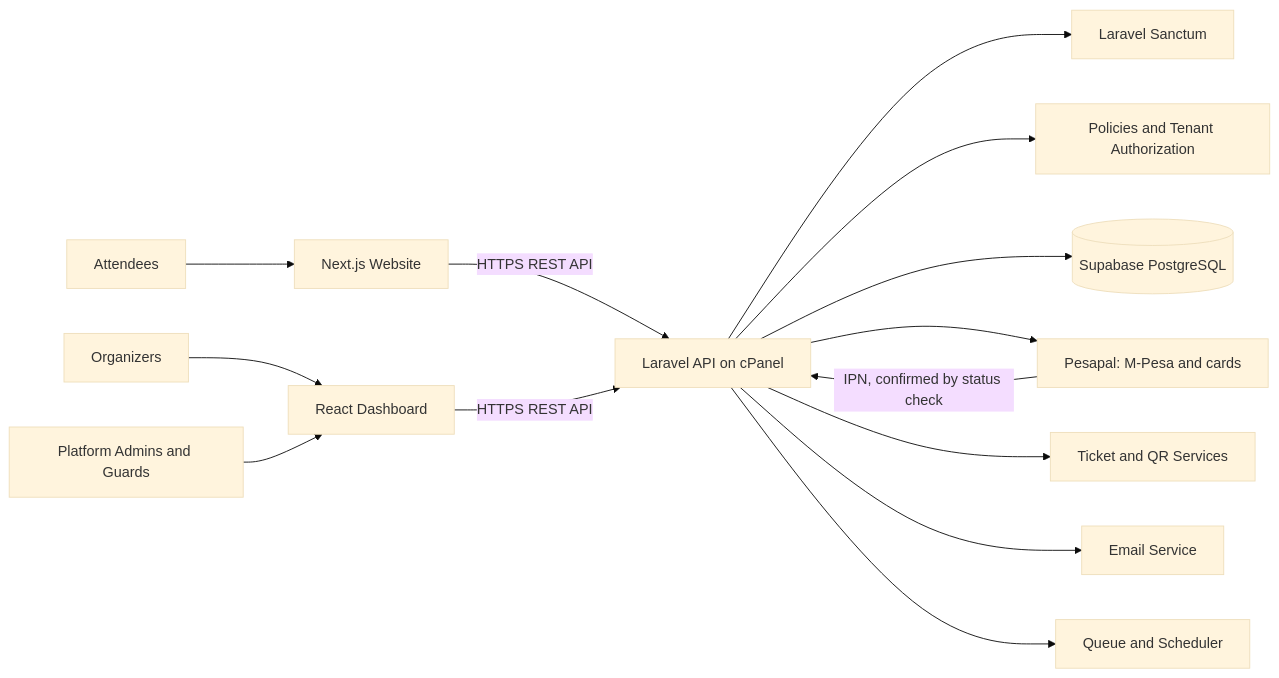
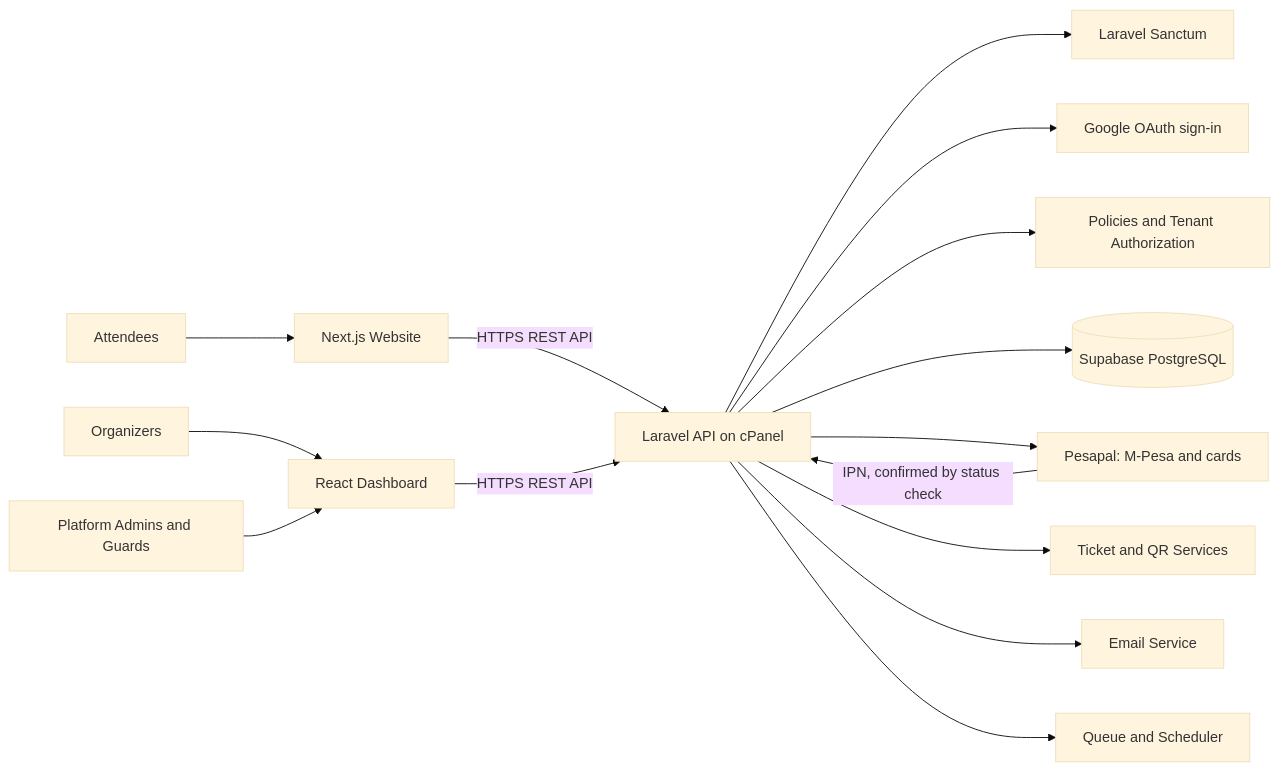
One commit to kreativesahara/ticket changed the diagram in doc/diagrams/techstack/01-system-architecture.mmd. Above: the diagram before and after it, drawn with Mermaid (base theme). The commit also changed 11 other files, not shown here.

Commit message:
docs: add system architecture and Google sign-in diagrams along with requirements updates for guard accounts and authentication

```diff
--- a/doc/diagrams/techstack/01-system-architecture.mmd
+++ b/doc/diagrams/techstack/01-system-architecture.mmd
@@ -1,17 +1,18 @@
 flowchart LR
     A[Attendees] --> W[Next.js Website]
     O[Organizers] --> D[React Dashboard]
     G[Platform Admins and Guards] --> D
 
     W -- HTTPS REST API --> API[Laravel API on cPanel]
     D -- HTTPS REST API --> API
 
     API --> S[Laravel Sanctum]
+    API --> GO[Google OAuth sign-in]
     API --> P[Policies and Tenant Authorization]
     API --> DB[(Supabase PostgreSQL)]
     API --> PAY[Pesapal: M-Pesa and cards]
     API --> QR[Ticket and QR Services]
     API --> E[Email Service]
     API --> Q[Queue and Scheduler]
 
     PAY -- IPN, confirmed by status check --> API
```
